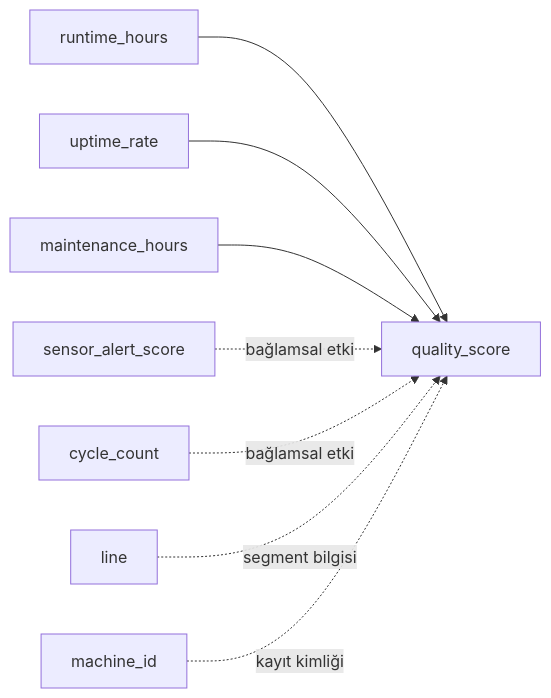
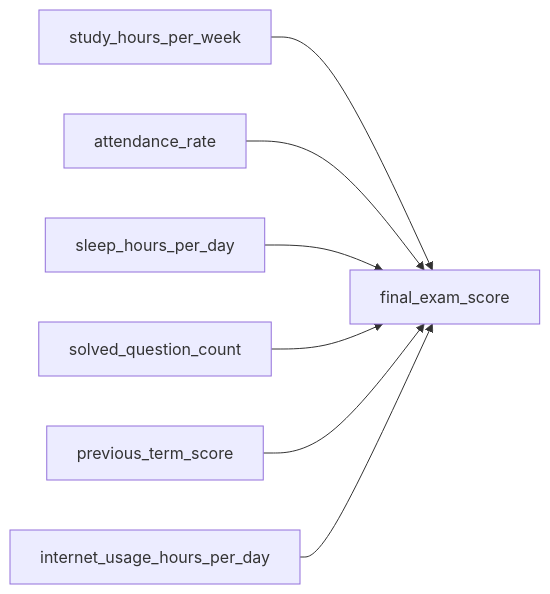
The diagram in courses/linear-statistical-models/articles/7- Çoklu Doğrusal Regresyon ile Tahmin.md (hamitseyrek/seyrek-academy), drawn with Mermaid before and after one commit. The commit also changed other lines of this file and 3 other files, not shown here.

````diff
--- a/courses/linear-statistical-models/articles/7- Çoklu Doğrusal Regresyon ile Tahmin.md
+++ b/courses/linear-statistical-models/articles/7- Çoklu Doğrusal Regresyon ile Tahmin.md
@@ -11,19 +24,17 @@
 ```mermaid
 flowchart LR
-    A["runtime_hours"]
-    B["uptime_rate"]
-    C["maintenance_hours"]
-    D["sensor_alert_score"]
-    E["cycle_count"]
-    F["line"]
-    G["machine_id"]
-    Q["quality_score"]
+    A["study_hours_per_week"]
+    B["attendance_rate"]
+    C["sleep_hours_per_day"]
+    D["solved_question_count"]
+    E["previous_term_score"]
+    F["internet_usage_hours_per_day"]
+    Y["final_exam_score"]
 
-    A --> Q
-    B --> Q
-    C --> Q
-    D -. bağlamsal etki .-> Q
-    E -. bağlamsal etki .-> Q
-    F -. segment bilgisi .-> Q
-    G -. kayıt kimliği .-> Q
+    A --> Y
+    B --> Y
+    C --> Y
+    D --> Y
+    E --> Y
+    F --> Y
 ```
````
